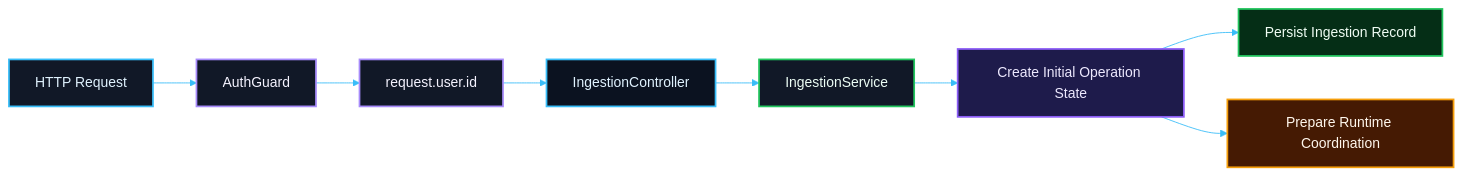
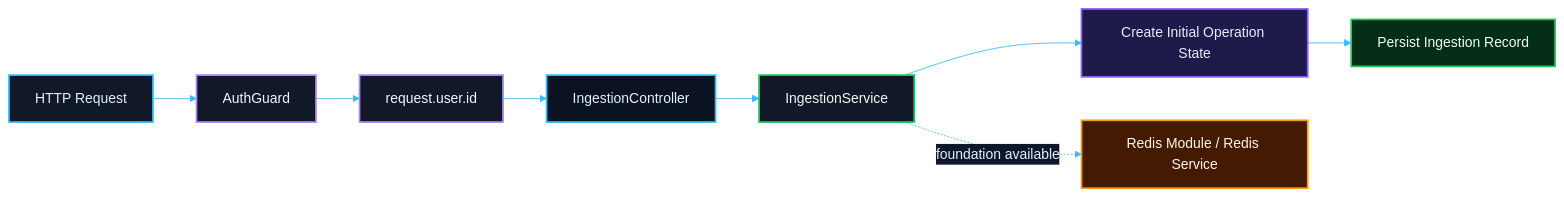
The diagram in PR 09 — Fase 1: Foundation de Redis e Persistência Inicial de Ingestion.md (matheusdiamantino-betalent/questions-ai), drawn with Mermaid before and after one commit. The commit also changed other lines of this file, not shown here.

Commit message:
Update PR 09 — Fase 1: Foundation de Redis e Persistência Inicial de Ingestion.md

````diff
--- a/PR 09 — Fase 1: Foundation de Redis e Persistência Inicial de Ingestion.md
+++ b/PR 09 — Fase 1: Foundation de Redis e Persistência Inicial de Ingestion.md
@@ -189,33 +192,33 @@
 ```mermaid
 %%{init: {
   "theme": "base",
   "themeVariables": {
     "background": "#0b1020",
     "primaryColor": "#111827",
     "primaryTextColor": "#e5f0ff",
     "primaryBorderColor": "#22d3ee",
     "lineColor": "#38bdf8",
     "secondaryColor": "#0f172a",
     "tertiaryColor": "#111827",
     "fontFamily": "Inter, Segoe UI, Arial",
     "clusterBkg": "#0f172a",
     "clusterBorder": "#334155"
   }
 }}%%
 flowchart LR
     A[HTTP Request]:::http --> B[AuthGuard]:::auth
     B --> C[request.user.id]:::auth
     C --> D[IngestionController]:::controller
     D --> E[IngestionService]:::service
     E --> F[Create Initial Operation State]:::domain
     F --> G[Persist Ingestion Record]:::database
-    F --> H[Prepare Runtime Coordination]:::redis
+    E -. foundation available .-> H[Redis Module / Redis Service]:::redis
 
     classDef http fill:#111827,stroke:#38bdf8,color:#e0f2fe,stroke-width:2px;
     classDef auth fill:#111827,stroke:#a78bfa,color:#f5f3ff,stroke-width:2px;
     classDef controller fill:#0b1220,stroke:#38bdf8,color:#e0f2fe,stroke-width:2px;
     classDef service fill:#111827,stroke:#22c55e,color:#ecfdf5,stroke-width:2px;
     classDef domain fill:#1e1b4b,stroke:#8b5cf6,color:#ede9fe,stroke-width:2px;
     classDef database fill:#052e16,stroke:#22c55e,color:#f0fdf4,stroke-width:2px;
     classDef redis fill:#451a03,stroke:#f59e0b,color:#fff7ed,stroke-width:2px;
 ```
````
